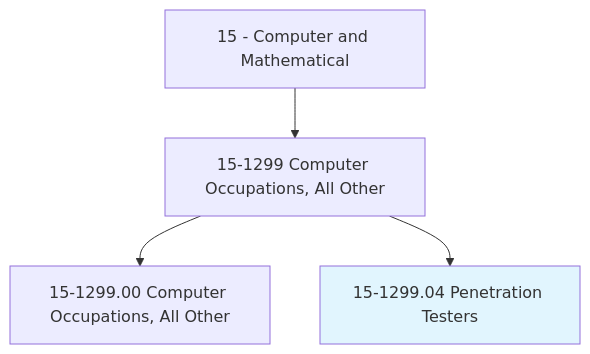
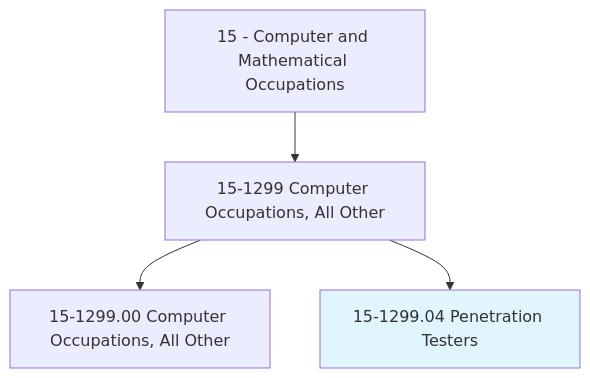
The first of 4 diagrams in occupations/Technology/PenetrationTesters.mdx (kziemski/business.org.ai), drawn with Mermaid before and after one commit. The commit also changed other lines of this file and 938 other files, not shown here.

````diff
--- a/occupations/Technology/PenetrationTesters.mdx
+++ b/occupations/Technology/PenetrationTesters.mdx
@@ -19,7 +23,7 @@
 ```mermaid
 graph TD
-    Cat15["15 - Computer and Mathematical"] --> Group151299["15-1299 Computer Occupations, All Other"]
+    Cat15["15 - Computer and Mathematical Occupations"] --> Group151299["15-1299 Computer Occupations, All Other"]
     Group151299 --> Base["15-1299.00 Computer Occupations, All Other"]
     Group151299 --> Current["15-1299.04 Penetration Testers"]
     style Current fill:#e1f5fe
 ```
````
